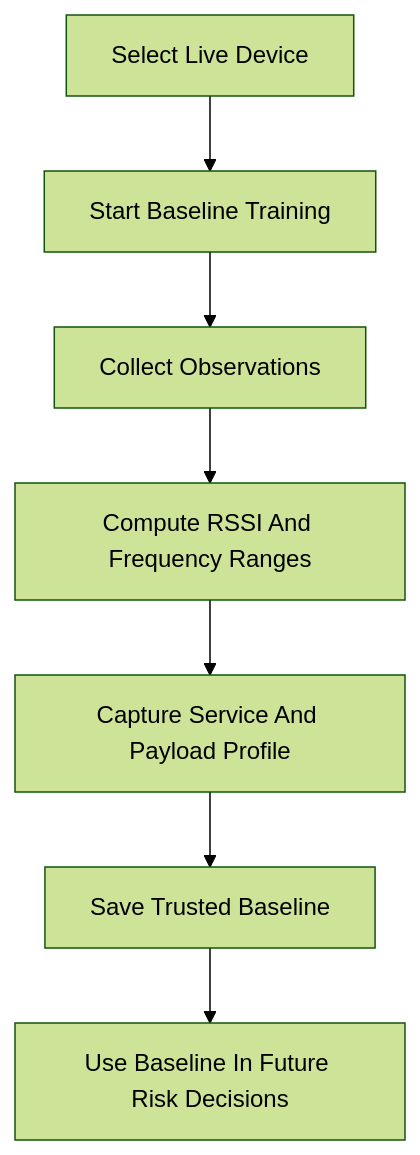
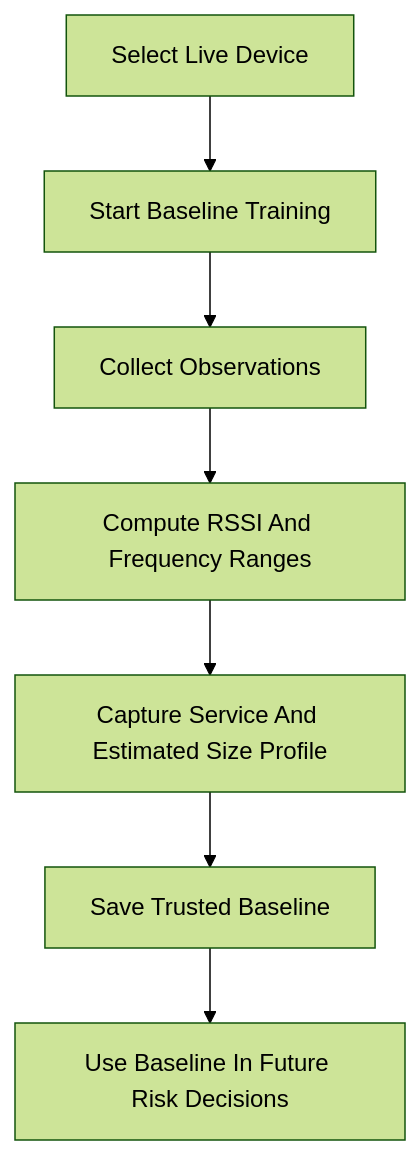
One commit to manasvi-0523/BLE_TRUST-REGISTRY changed the second of 3 diagrams in docs/workflow.md. Above: the diagram before and after it, drawn with Mermaid (forest theme). The commit also changed other lines of this file and 20 other files, not shown here.

Commit message:
fix: align ble trust audit claims and schema

````diff
--- a/docs/workflow.md
+++ b/docs/workflow.md
@@ -32,9 +32,9 @@
 ```mermaid
 flowchart TD
     A["Select Live Device"] --> B["Start Baseline Training"]
     B --> C["Collect Observations"]
     C --> D["Compute RSSI And Frequency Ranges"]
-    D --> E["Capture Service And Payload Profile"]
+    D --> E["Capture Service And Estimated Size Profile"]
     E --> F["Save Trusted Baseline"]
     F --> G["Use Baseline In Future Risk Decisions"]
 ```
````
